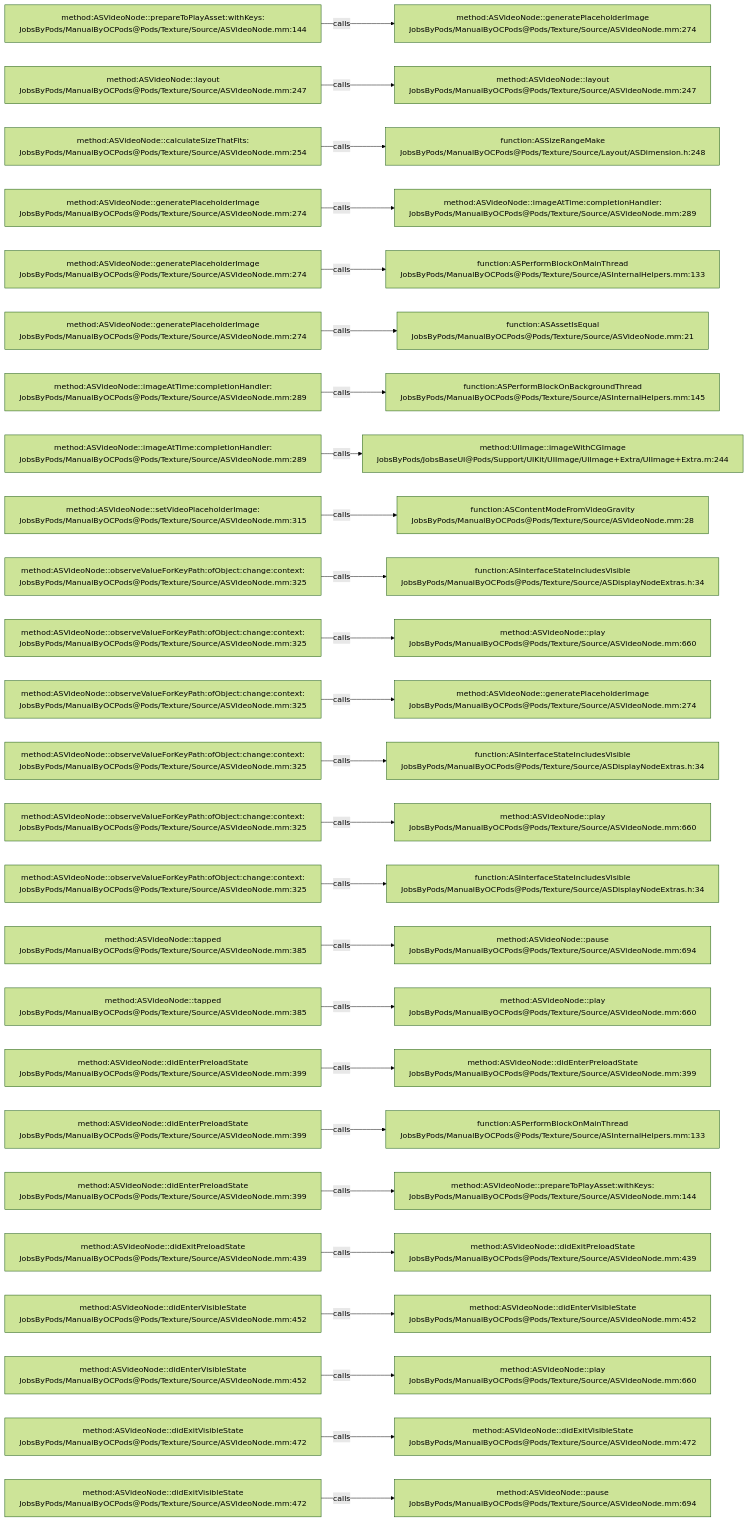
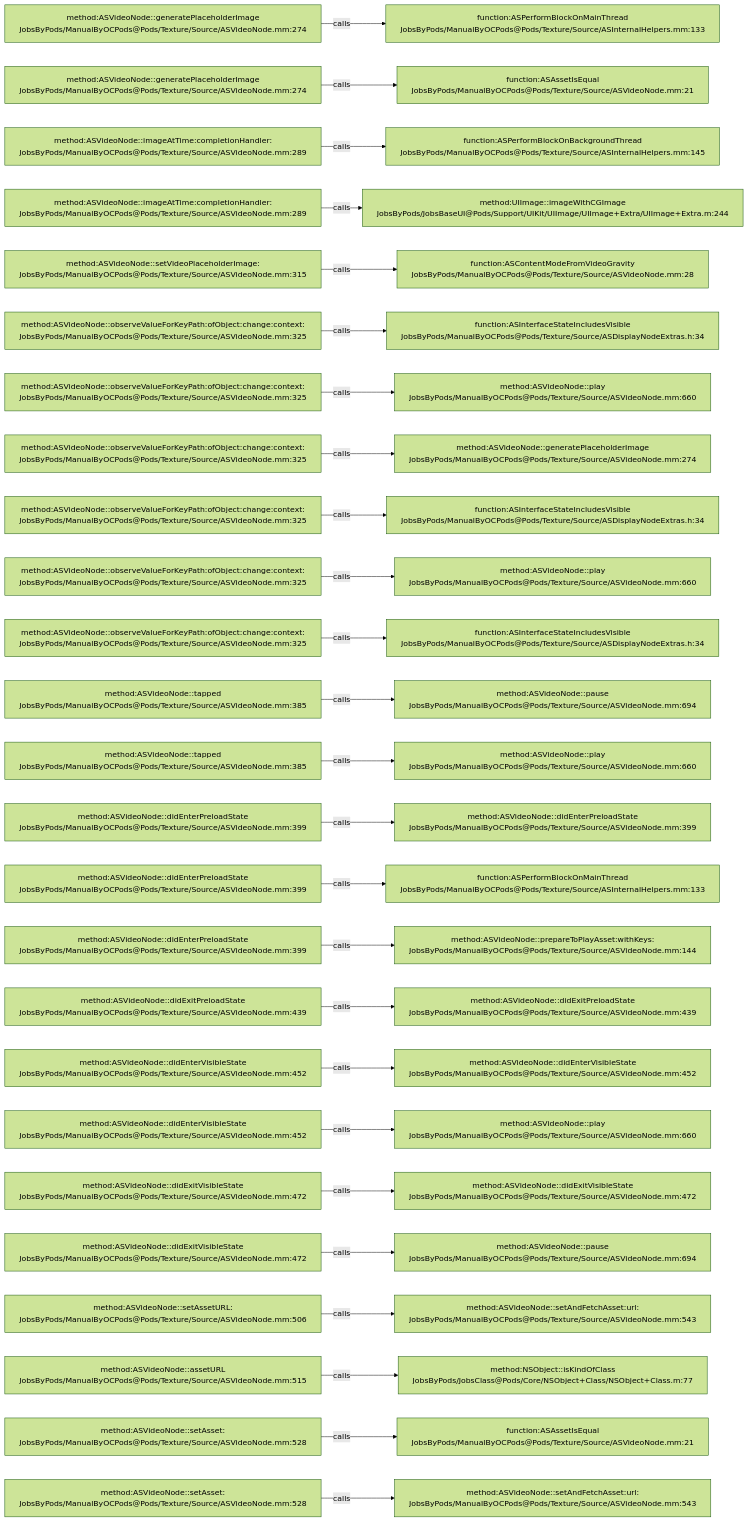
The diagram in .codegraph/codegraph.md/graphs/calls-141.md (JobsKits/JobsOCBaseConfigDemo), drawn with Mermaid (forest theme) before and after one commit. The commit also changed 727 other files, not shown here.

````diff
--- a/.codegraph/codegraph.md/graphs/calls-141.md
+++ b/.codegraph/codegraph.md/graphs/calls-141.md
@@ -13,78 +13,78 @@
 ```mermaid
 flowchart LR
-  S1["method:ASVideoNode::prepareToPlayAsset:withKeys:<br/>JobsByPods/ManualByOCPods@Pods/Texture/Source/ASVideoNode.mm:144"]
-  T1["method:ASVideoNode::generatePlaceholderImage<br/>JobsByPods/ManualByOCPods@Pods/Texture/Source/ASVideoNode.mm:274"]
+  S1["method:ASVideoNode::generatePlaceholderImage<br/>JobsByPods/ManualByOCPods@Pods/Texture/Source/ASVideoNode.mm:274"]
+  T1["function:ASPerformBlockOnMainThread<br/>JobsByPods/ManualByOCPods@Pods/Texture/Source/ASInternalHelpers.mm:133"]
   S1 -->|calls| T1
-  S2["method:ASVideoNode::layout<br/>JobsByPods/ManualByOCPods@Pods/Texture/Source/ASVideoNode.mm:247"]
-  T2["method:ASVideoNode::layout<br/>JobsByPods/ManualByOCPods@Pods/Texture/Source/ASVideoNode.mm:247"]
+  S2["method:ASVideoNode::generatePlaceholderImage<br/>JobsByPods/ManualByOCPods@Pods/Texture/Source/ASVideoNode.mm:274"]
+  T2["function:ASAssetIsEqual<br/>JobsByPods/ManualByOCPods@Pods/Texture/Source/ASVideoNode.mm:21"]
   S2 -->|calls| T2
-  S3["method:ASVideoNode::calculateSizeThatFits:<br/>JobsByPods/ManualByOCPods@Pods/Texture/Source/ASVideoNode.mm:254"]
-  T3["function:ASSizeRangeMake<br/>JobsByPods/ManualByOCPods@Pods/Texture/Source/Layout/ASDimension.h:248"]
+  S3["method:ASVideoNode::imageAtTime:completionHandler:<br/>JobsByPods/ManualByOCPods@Pods/Texture/Source/ASVideoNode.mm:289"]
+  T3["function:ASPerformBlockOnBackgroundThread<br/>JobsByPods/ManualByOCPods@Pods/Texture/Source/ASInternalHelpers.mm:145"]
   S3 -->|calls| T3
-  S4["method:ASVideoNode::generatePlaceholderImage<br/>JobsByPods/ManualByOCPods@Pods/Texture/Source/ASVideoNode.mm:274"]
-  T4["method:ASVideoNode::imageAtTime:completionHandler:<br/>JobsByPods/ManualByOCPods@Pods/Texture/Source/ASVideoNode.mm:289"]
+  S4["method:ASVideoNode::imageAtTime:completionHandler:<br/>JobsByPods/ManualByOCPods@Pods/Texture/Source/ASVideoNode.mm:289"]
+  T4["method:UIImage::imageWithCGImage<br/>JobsByPods/JobsBaseUI@Pods/Support/UIKit/UIImage/UIImage+Extra/UIImage+Extra.m:244"]
   S4 -->|calls| T4
-  S5["method:ASVideoNode::generatePlaceholderImage<br/>JobsByPods/ManualByOCPods@Pods/Texture/Source/ASVideoNode.mm:274"]
-  T5["function:ASPerformBlockOnMainThread<br/>JobsByPods/ManualByOCPods@Pods/Texture/Source/ASInternalHelpers.mm:133"]
+  S5["method:ASVideoNode::setVideoPlaceholderImage:<br/>JobsByPods/ManualByOCPods@Pods/Texture/Source/ASVideoNode.mm:315"]
+  T5["function:ASContentModeFromVideoGravity<br/>JobsByPods/ManualByOCPods@Pods/Texture/Source/ASVideoNode.mm:28"]
   S5 -->|calls| T5
-  S6["method:ASVideoNode::generatePlaceholderImage<br/>JobsByPods/ManualByOCPods@Pods/Texture/Source/ASVideoNode.mm:274"]
-  T6["function:ASAssetIsEqual<br/>JobsByPods/ManualByOCPods@Pods/Texture/Source/ASVideoNode.mm:21"]
+  S6["method:ASVideoNode::observeValueForKeyPath:ofObject:change:context:<br/>JobsByPods/ManualByOCPods@Pods/Texture/Source/ASVideoNode.mm:325"]
+  T6["function:ASInterfaceStateIncludesVisible<br/>JobsByPods/ManualByOCPods@Pods/Texture/Source/ASDisplayNodeExtras.h:34"]
   S6 -->|calls| T6
-  S7["method:ASVideoNode::imageAtTime:completionHandler:<br/>JobsByPods/ManualByOCPods@Pods/Texture/Source/ASVideoNode.mm:289"]
-  T7["function:ASPerformBlockOnBackgroundThread<br/>JobsByPods/ManualByOCPods@Pods/Texture/Source/ASInternalHelpers.mm:145"]
+  S7["method:ASVideoNode::observeValueForKeyPath:ofObject:change:context:<br/>JobsByPods/ManualByOCPods@Pods/Texture/Source/ASVideoNode.mm:325"]
+  T7["method:ASVideoNode::play<br/>JobsByPods/ManualByOCPods@Pods/Texture/Source/ASVideoNode.mm:660"]
   S7 -->|calls| T7
-  S8["method:ASVideoNode::imageAtTime:completionHandler:<br/>JobsByPods/ManualByOCPods@Pods/Texture/Source/ASVideoNode.mm:289"]
-  T8["method:UIImage::imageWithCGImage<br/>JobsByPods/JobsBaseUI@Pods/Support/UIKit/UIImage/UIImage+Extra/UIImage+Extra.m:244"]
+  S8["method:ASVideoNode::observeValueForKeyPath:ofObject:change:context:<br/>JobsByPods/ManualByOCPods@Pods/Texture/Source/ASVideoNode.mm:325"]
+  T8["method:ASVideoNode::generatePlaceholderImage<br/>JobsByPods/ManualByOCPods@Pods/Texture/Source/ASVideoNode.mm:274"]
   S8 -->|calls| T8
-  S9["method:ASVideoNode::setVideoPlaceholderImage:<br/>JobsByPods/ManualByOCPods@Pods/Texture/Source/ASVideoNode.mm:315"]
-  T9["function:ASContentModeFromVideoGravity<br/>JobsByPods/ManualByOCPods@Pods/Texture/Source/ASVideoNode.mm:28"]
+  S9["method:ASVideoNode::observeValueForKeyPath:ofObject:change:context:<br/>JobsByPods/ManualByOCPods@Pods/Texture/Source/ASVideoNode.mm:325"]
+  T9["function:ASInterfaceStateIncludesVisible<br/>JobsByPods/ManualByOCPods@Pods/Texture/Source/ASDisplayNodeExtras.h:34"]
   S9 -->|calls| T9
   S10["method:ASVideoNode::observeValueForKeyPath:ofObject:change:context:<br/>JobsByPods/ManualByOCPods@Pods/Texture/Source/ASVideoNode.mm:325"]
-  T10["function:ASInterfaceStateIncludesVisible<br/>JobsByPods/ManualByOCPods@Pods/Texture/Source/ASDisplayNodeExtras.h:34"]
+  T10["method:ASVideoNode::play<br/>JobsByPods/ManualByOCPods@Pods/Texture/Source/ASVideoNode.mm:660"]
   S10 -->|calls| T10
   S11["method:ASVideoNode::observeValueForKeyPath:ofObject:change:context:<br/>JobsByPods/ManualByOCPods@Pods/Texture/Source/ASVideoNode.mm:325"]
-  T11["method:ASVideoNode::play<br/>JobsByPods/ManualByOCPods@Pods/Texture/Source/ASVideoNode.mm:660"]
+  T11["function:ASInterfaceStateIncludesVisible<br/>JobsByPods/ManualByOCPods@Pods/Texture/Source/ASDisplayNodeExtras.h:34"]
   S11 -->|calls| T11
-  S12["method:ASVideoNode::observeValueForKeyPath:ofObject:change:context:<br/>JobsByPods/ManualByOCPods@Pods/Texture/Source/ASVideoNode.mm:325"]
-  T12["method:ASVideoNode::generatePlaceholderImage<br/>JobsByPods/ManualByOCPods@Pods/Texture/Source/ASVideoNode.mm:274"]
+  S12["method:ASVideoNode::tapped<br/>JobsByPods/ManualByOCPods@Pods/Texture/Source/ASVideoNode.mm:385"]
+  T12["method:ASVideoNode::pause<br/>JobsByPods/ManualByOCPods@Pods/Texture/Source/ASVideoNode.mm:694"]
   S12 -->|calls| T12
-  S13["method:ASVideoNode::observeValueForKeyPath:ofObject:change:context:<br/>JobsByPods/ManualByOCPods@Pods/Texture/Source/ASVideoNode.mm:325"]
-  T13["function:ASInterfaceStateIncludesVisible<br/>JobsByPods/ManualByOCPods@Pods/Texture/Source/ASDisplayNodeExtras.h:34"]
+  S13["method:ASVideoNode::tapped<br/>JobsByPods/ManualByOCPods@Pods/Texture/Source/ASVideoNode.mm:385"]
+  T13["method:ASVideoNode::play<br/>JobsByPods/ManualByOCPods@Pods/Texture/Source/ASVideoNode.mm:660"]
   S13 -->|calls| T13
-  S14["method:ASVideoNode::observeValueForKeyPath:ofObject:change:context:<br/>JobsByPods/ManualByOCPods@Pods/Texture/Source/ASVideoNode.mm:325"]
-  T14["method:ASVideoNode::play<br/>JobsByPods/ManualByOCPods@Pods/Texture/Source/ASVideoNode.mm:660"]
+  S14["method:ASVideoNode::didEnterPreloadState<br/>JobsByPods/ManualByOCPods@Pods/Texture/Source/ASVideoNode.mm:399"]
+  T14["method:ASVideoNode::didEnterPreloadState<br/>JobsByPods/ManualByOCPods@Pods/Texture/Source/ASVideoNode.mm:399"]
   S14 -->|calls| T14
-  S15["method:ASVideoNode::observeValueForKeyPath:ofObject:change:context:<br/>JobsByPods/ManualByOCPods@Pods/Texture/Source/ASVideoNode.mm:325"]
-  T15["function:ASInterfaceStateIncludesVisible<br/>JobsByPods/ManualByOCPods@Pods/Texture/Source/ASDisplayNodeExtras.h:34"]
+  S15["method:ASVideoNode::didEnterPreloadState<br/>JobsByPods/ManualByOCPods@Pods/Texture/Source/ASVideoNode.mm:399"]
+  T15["function:ASPerformBlockOnMainThread<br/>JobsByPods/ManualByOCPods@Pods/Texture/Source/ASInternalHelpers.mm:133"]
   S15 -->|calls| T15
-  S16["method:ASVideoNode::tapped<br/>JobsByPods/ManualByOCPods@Pods/Texture/Source/ASVideoNode.mm:385"]
-  T16["method:ASVideoNode::pause<br/>JobsByPods/ManualByOCPods@Pods/Texture/Source/ASVideoNode.mm:694"]
+  S16["method:ASVideoNode::didEnterPreloadState<br/>JobsByPods/ManualByOCPods@Pods/Texture/Source/ASVideoNode.mm:399"]
+  T16["method:ASVideoNode::prepareToPlayAsset:withKeys:<br/>JobsByPods/ManualByOCPods@Pods/Texture/Source/ASVideoNode.mm:144"]
   S16 -->|calls| T16
-  S17["method:ASVideoNode::tapped<br/>JobsByPods/ManualByOCPods@Pods/Texture/Source/ASVideoNode.mm:385"]
-  T17["method:ASVideoNode::play<br/>JobsByPods/ManualByOCPods@Pods/Texture/Source/ASVideoNode.mm:660"]
+  S17["method:ASVideoNode::didExitPreloadState<br/>JobsByPods/ManualByOCPods@Pods/Texture/Source/ASVideoNode.mm:439"]
+  T17["method:ASVideoNode::didExitPreloadState<br/>JobsByPods/ManualByOCPods@Pods/Texture/Source/ASVideoNode.mm:439"]
   S17 -->|calls| T17
-  S18["method:ASVideoNode::didEnterPreloadState<br/>JobsByPods/ManualByOCPods@Pods/Texture/Source/ASVideoNode.mm:399"]
-  T18["method:ASVideoNode::didEnterPreloadState<br/>JobsByPods/ManualByOCPods@Pods/Texture/Source/ASVideoNode.mm:399"]
+  S18["method:ASVideoNode::didEnterVisibleState<br/>JobsByPods/ManualByOCPods@Pods/Texture/Source/ASVideoNode.mm:452"]
+  T18["method:ASVideoNode::didEnterVisibleState<br/>JobsByPods/ManualByOCPods@Pods/Texture/Source/ASVideoNode.mm:452"]
   S18 -->|calls| T18
-  S19["method:ASVideoNode::didEnterPreloadState<br/>JobsByPods/ManualByOCPods@Pods/Texture/Source/ASVideoNode.mm:399"]
-  T19["function:ASPerformBlockOnMainThread<br/>JobsByPods/ManualByOCPods@Pods/Texture/Source/ASInternalHelpers.mm:133"]
+  S19["method:ASVideoNode::didEnterVisibleState<br/>JobsByPods/ManualByOCPods@Pods/Texture/Source/ASVideoNode.mm:452"]
+  T19["method:ASVideoNode::play<br/>JobsByPods/ManualByOCPods@Pods/Texture/Source/ASVideoNode.mm:660"]
   S19 -->|calls| T19
-  S20["method:ASVideoNode::didEnterPreloadState<br/>JobsByPods/ManualByOCPods@Pods/Texture/Source/ASVideoNode.mm:399"]
-  T20["method:ASVideoNode::prepareToPlayAsset:withKeys:<br/>JobsByPods/ManualByOCPods@Pods/Texture/Source/ASVideoNode.mm:144"]
+  S20["method:ASVideoNode::didExitVisibleState<br/>JobsByPods/ManualByOCPods@Pods/Texture/Source/ASVideoNode.mm:472"]
+  T20["method:ASVideoNode::didExitVisibleState<br/>JobsByPods/ManualByOCPods@Pods/Texture/Source/ASVideoNode.mm:472"]
   S20 -->|calls| T20
-  S21["method:ASVideoNode::didExitPreloadState<br/>JobsByPods/ManualByOCPods@Pods/Texture/Source/ASVideoNode.mm:439"]
-  T21["method:ASVideoNode::didExitPreloadState<br/>JobsByPods/ManualByOCPods@Pods/Texture/Source/ASVideoNode.mm:439"]
+  S21["method:ASVideoNode::didExitVisibleState<br/>JobsByPods/ManualByOCPods@Pods/Texture/Source/ASVideoNode.mm:472"]
+  T21["method:ASVideoNode::pause<br/>JobsByPods/ManualByOCPods@Pods/Texture/Source/ASVideoNode.mm:694"]
   S21 -->|calls| T21
-  S22["method:ASVideoNode::didEnterVisibleState<br/>JobsByPods/ManualByOCPods@Pods/Texture/Source/ASVideoNode.mm:452"]
-  T22["method:ASVideoNode::didEnterVisibleState<br/>JobsByPods/ManualByOCPods@Pods/Texture/Source/ASVideoNode.mm:452"]
+  S22["method:ASVideoNode::setAssetURL:<br/>JobsByPods/ManualByOCPods@Pods/Texture/Source/ASVideoNode.mm:506"]
+  T22["method:ASVideoNode::setAndFetchAsset:url:<br/>JobsByPods/ManualByOCPods@Pods/Texture/Source/ASVideoNode.mm:543"]
   S22 -->|calls| T22
-  S23["method:ASVideoNode::didEnterVisibleState<br/>JobsByPods/ManualByOCPods@Pods/Texture/Source/ASVideoNode.mm:452"]
-  T23["method:ASVideoNode::play<br/>JobsByPods/ManualByOCPods@Pods/Texture/Source/ASVideoNode.mm:660"]
+  S23["method:ASVideoNode::assetURL<br/>JobsByPods/ManualByOCPods@Pods/Texture/Source/ASVideoNode.mm:515"]
+  T23["method:NSObject::isKindOfClass<br/>JobsByPods/JobsClass@Pods/Core/NSObject+Class/NSObject+Class.m:77"]
   S23 -->|calls| T23
-  S24["method:ASVideoNode::didExitVisibleState<br/>JobsByPods/ManualByOCPods@Pods/Texture/Source/ASVideoNode.mm:472"]
-  T24["method:ASVideoNode::didExitVisibleState<br/>JobsByPods/ManualByOCPods@Pods/Texture/Source/ASVideoNode.mm:472"]
+  S24["method:ASVideoNode::setAsset:<br/>JobsByPods/ManualByOCPods@Pods/Texture/Source/ASVideoNode.mm:528"]
+  T24["function:ASAssetIsEqual<br/>JobsByPods/ManualByOCPods@Pods/Texture/Source/ASVideoNode.mm:21"]
   S24 -->|calls| T24
-  S25["method:ASVideoNode::didExitVisibleState<br/>JobsByPods/ManualByOCPods@Pods/Texture/Source/ASVideoNode.mm:472"]
-  T25["method:ASVideoNode::pause<br/>JobsByPods/ManualByOCPods@Pods/Texture/Source/ASVideoNode.mm:694"]
+  S25["method:ASVideoNode::setAsset:<br/>JobsByPods/ManualByOCPods@Pods/Texture/Source/ASVideoNode.mm:528"]
+  T25["method:ASVideoNode::setAndFetchAsset:url:<br/>JobsByPods/ManualByOCPods@Pods/Texture/Source/ASVideoNode.mm:543"]
   S25 -->|calls| T25
 ```
````
